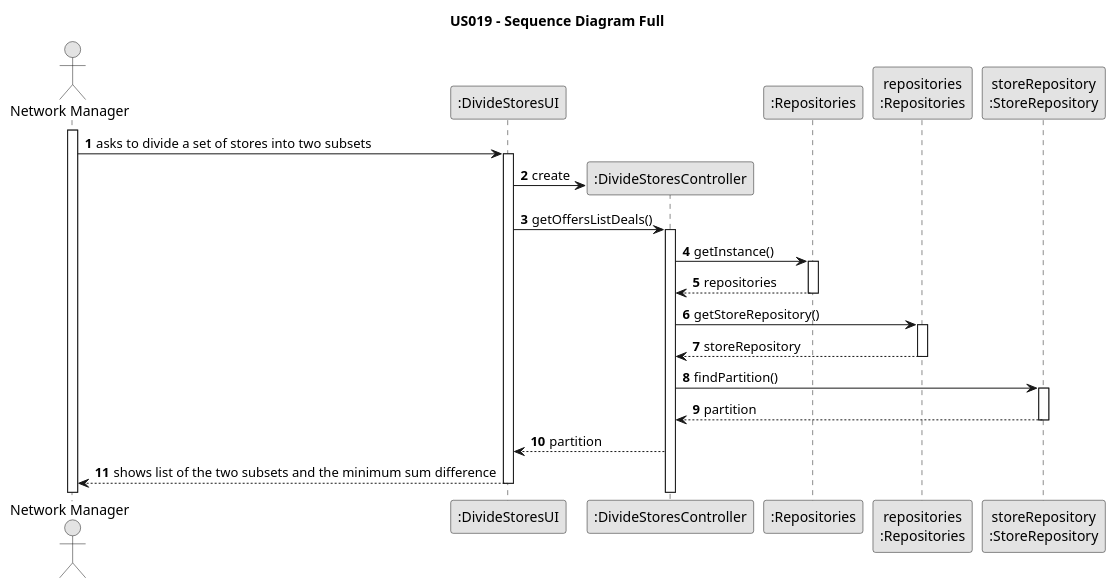
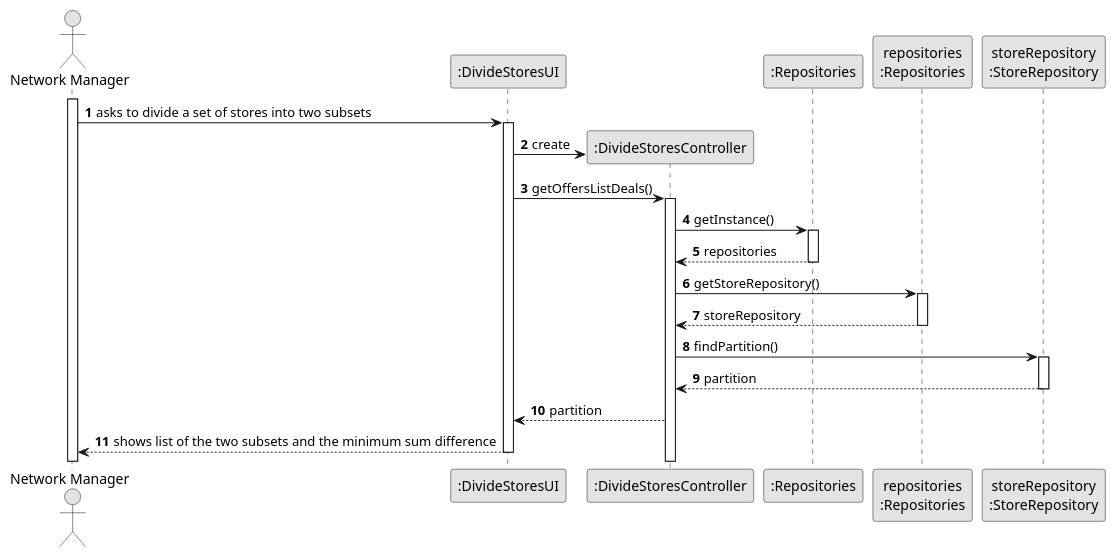
One commit to PureNimble/ISEP-LAPR2 changed the diagram in docs/sprintD/US019/03.design/puml/us19-sequence-diagram-full.puml. Above: the diagram before and after it, drawn with PlantUML. The commit also changed 24 other files, not shown here.

```diff
--- a/docs/sprintD/US019/03.design/puml/us19-sequence-diagram-full.puml
+++ b/docs/sprintD/US019/03.design/puml/us19-sequence-diagram-full.puml
@@ -1,57 +1,54 @@
 @startuml
 skinparam monochrome true
 skinparam packageStyle rectangle
 skinparam shadowing false
-
-title US019 - Sequence Diagram Full
-
 
 autonumber
 
 actor "Network Manager" as NetworkManager
 participant ":DivideStoresUI" as DivideStoresUI
 participant ":DivideStoresController" as DivideStoresController
 participant ":Repositories" as RepositorySingleton
 participant "repositories\n:Repositories" as PLAT
 participant "storeRepository\n:StoreRepository" as StoreRepository
 
 
 activate NetworkManager
 
     NetworkManager -> DivideStoresUI : asks to divide a set of stores into two subsets
     activate DivideStoresUI
 
    DivideStoresUI -> DivideStoresController**:create
 
 
             DivideStoresUI -> DivideStoresController : getOffersListDeals()
             activate DivideStoresController
 
                 DivideStoresController -> RepositorySingleton : getInstance()
                 activate RepositorySingleton
 
                     RepositorySingleton --> DivideStoresController: repositories
                 deactivate RepositorySingleton
 
                 DivideStoresController -> PLAT : getStoreRepository()
                 activate PLAT
 
                     PLAT --> DivideStoresController: storeRepository
                 deactivate PLAT
 
                 DivideStoresController -> StoreRepository : findPartition()
                 activate StoreRepository
 
                     StoreRepository --> DivideStoresController : partition
                 deactivate StoreRepository
 
 
                 DivideStoresController --> DivideStoresUI : partition
 
 
 
 
     DivideStoresUI --> NetworkManager : shows list of the two subsets and the minimum sum difference
     deactivate DivideStoresUI
 
 @enduml
```
